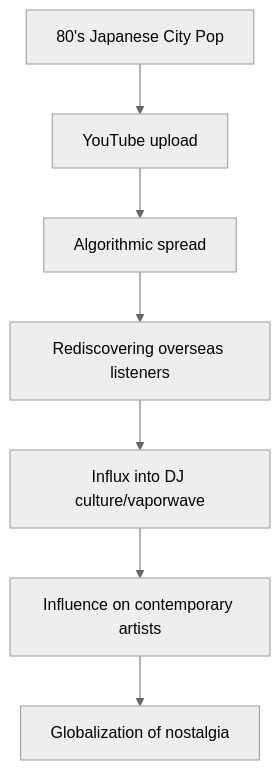
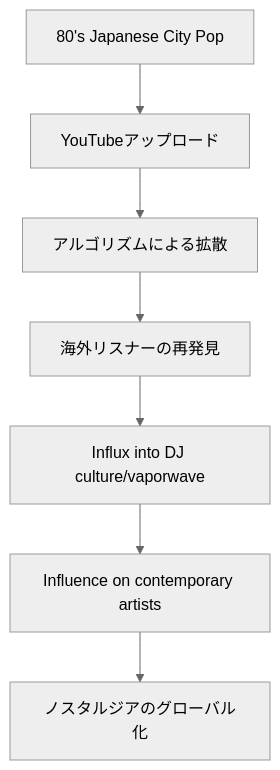
One commit to monumental-movement/monumental-movement.github.io changed the second of 2 diagrams in en/_posts/2025-10-31-column-citypop.md. Above: the diagram before and after it, drawn with Mermaid (neutral theme). The commit also changed other lines of this file and 2196 other files, not shown here.

```diff
--- a/en/_posts/2025-10-31-column-citypop.md
+++ b/en/_posts/2025-10-31-column-citypop.md
@@ -184,11 +195,11 @@
 <div class="mermaid">
 
 graph TD
-A[80's Japanese City Pop] --> B[YouTube upload]
-B --> C[Algorithmic spread]
-C --> D[Rediscovering overseas listeners]
+A[80's Japanese City Pop] --> B[YouTubeアップロード]
+B --> C[アルゴリズムによる拡散]
+C --> D[海外リスナーの再発見]
 D --> E[Influx into DJ culture/vaporwave]
 E --> F[Influence on contemporary artists]
-F --> G[Globalization of nostalgia]
+F --> G[ノスタルジアのグローバル化]
 
 </div>
```
